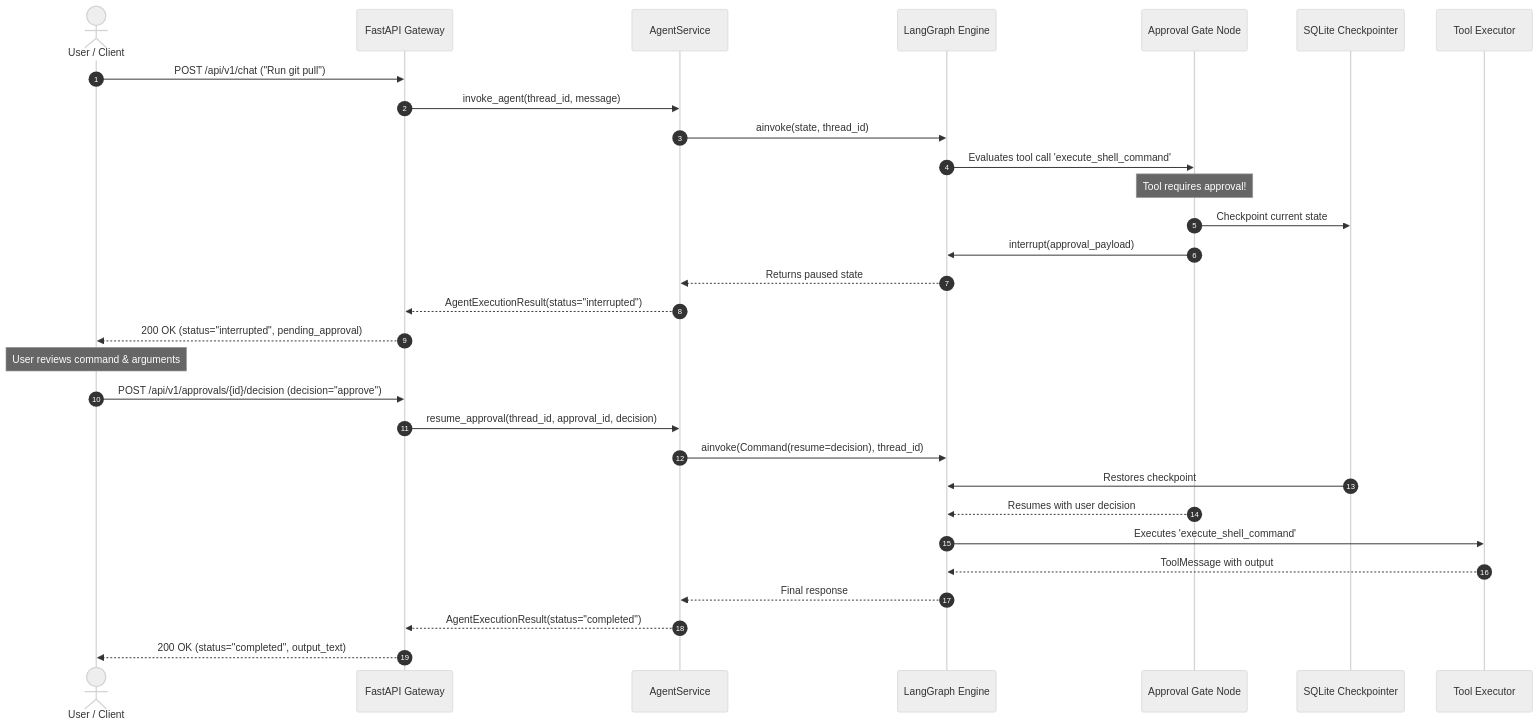
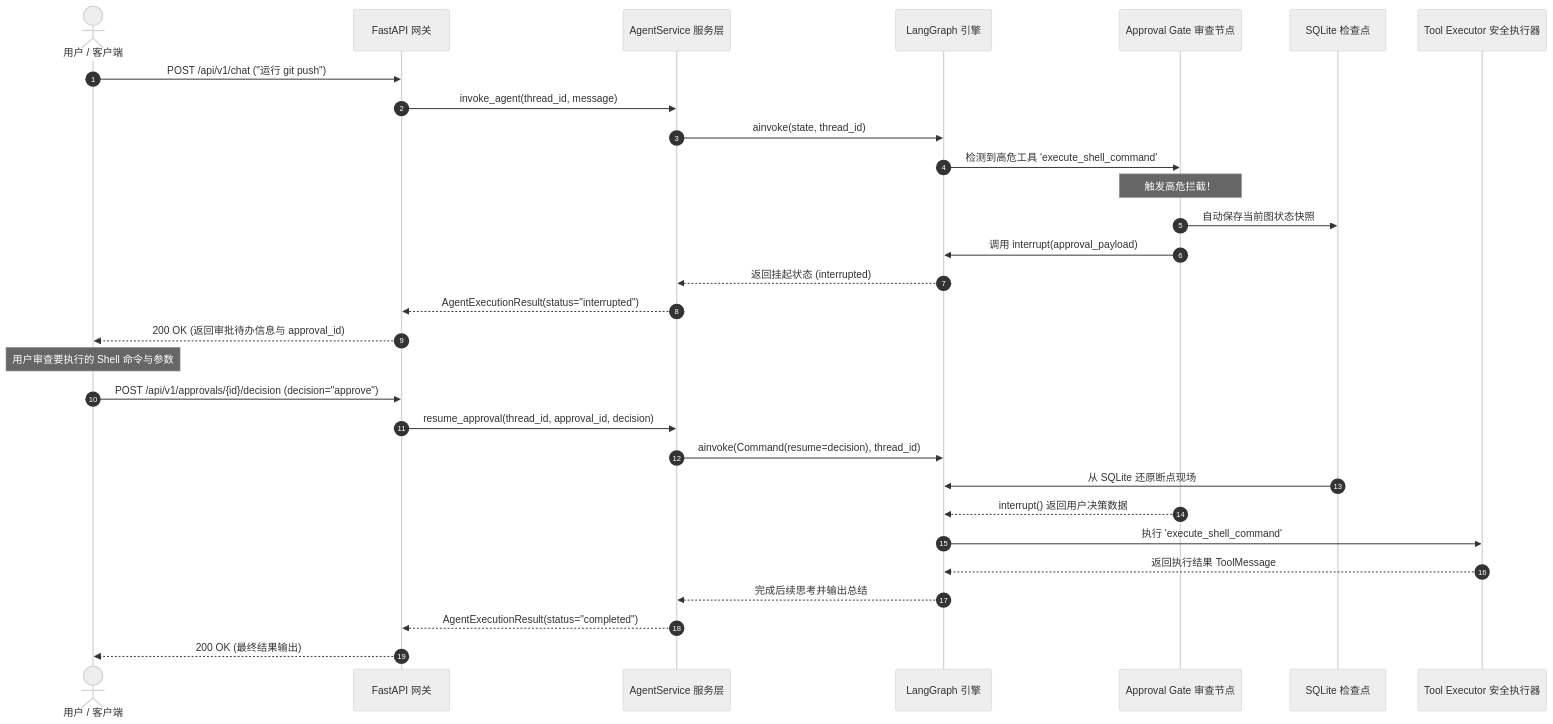
The diagram in docs/design/hitl-specification.md (theGitForDalibor/JarvisStudio), drawn with Mermaid (neutral theme) before and after one commit. The commit also changed other lines of this file and 16 other files, not shown here.

````diff
--- a/docs/design/hitl-specification.md
+++ b/docs/design/hitl-specification.md
@@ -28,34 +28,34 @@
 ```mermaid
 sequenceDiagram
     autonumber
-    actor User as User / Client
-    participant API as FastAPI Gateway
-    participant Svc as AgentService
-    participant Graph as LangGraph Engine
-    participant Gate as Approval Gate Node
-    participant DB as SQLite Checkpointer
-    participant Tool as Tool Executor
+    actor User as 用户 / 客户端
+    participant API as FastAPI 网关
+    participant Svc as AgentService 服务层
+    participant Graph as LangGraph 引擎
+    participant Gate as Approval Gate 审查节点
+    participant DB as SQLite 检查点
+    participant Tool as Tool Executor 安全执行器
 
-    User->>API: POST /api/v1/chat ("Run git pull")
+    User->>API: POST /api/v1/chat ("运行 git push")
     API->>Svc: invoke_agent(thread_id, message)
     Svc->>Graph: ainvoke(state, thread_id)
-    Graph->>Gate: Evaluates tool call 'execute_shell_command'
-    Note over Gate: Tool requires approval!
-    Gate->>DB: Checkpoint current state
-    Gate->>Graph: interrupt(approval_payload)
-    Graph-->>Svc: Returns paused state
+    Graph->>Gate: 检测到高危工具 'execute_shell_command'
+    Note over Gate: 触发高危拦截！
+    Gate->>DB: 自动保存当前图状态快照
+    Gate->>Graph: 调用 interrupt(approval_payload)
+    Graph-->>Svc: 返回挂起状态 (interrupted)
     Svc-->>API: AgentExecutionResult(status="interrupted")
-    API-->>User: 200 OK (status="interrupted", pending_approval)
+    API-->>User: 200 OK (返回审批待办信息与 approval_id)
 
-    Note over User: User reviews command & arguments
+    Note over User: 用户审查要执行的 Shell 命令与参数
     User->>API: POST /api/v1/approvals/{id}/decision (decision="approve")
     API->>Svc: resume_approval(thread_id, approval_id, decision)
     Svc->>Graph: ainvoke(Command(resume=decision), thread_id)
-    DB->>Graph: Restores checkpoint
-    Gate-->>Graph: Resumes with user decision
-    Graph->>Tool: Executes 'execute_shell_command'
-    Tool-->>Graph: ToolMessage with output
-    Graph-->>Svc: Final response
+    DB->>Graph: 从 SQLite 还原断点现场
+    Gate-->>Graph: interrupt() 返回用户决策数据
+    Graph->>Tool: 执行 'execute_shell_command'
+    Tool-->>Graph: 返回执行结果 ToolMessage
+    Graph-->>Svc: 完成后续思考并输出总结
     Svc-->>API: AgentExecutionResult(status="completed")
-    API-->>User: 200 OK (status="completed", output_text)
+    API-->>User: 200 OK (最终结果输出)
 ```
````
